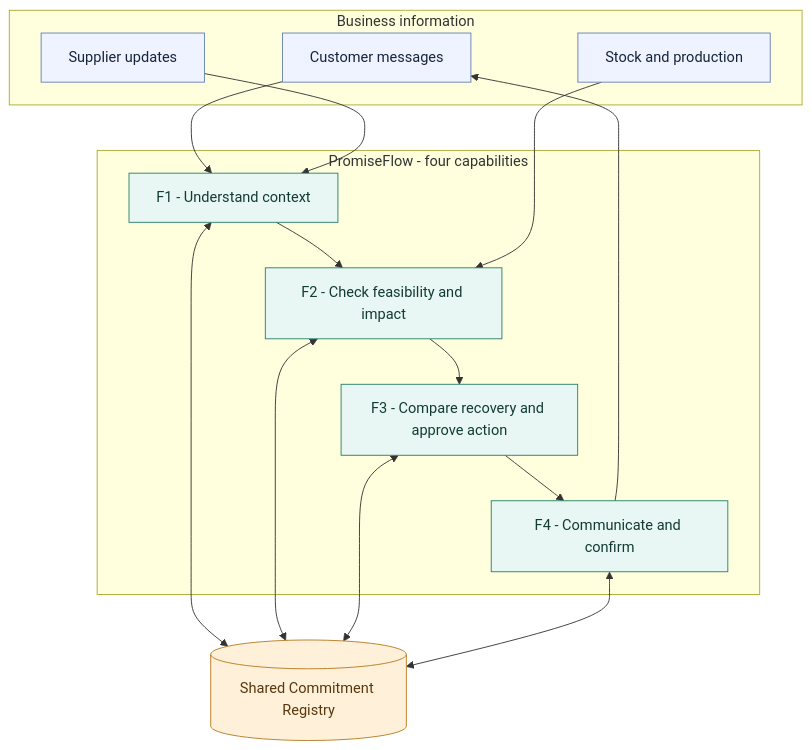
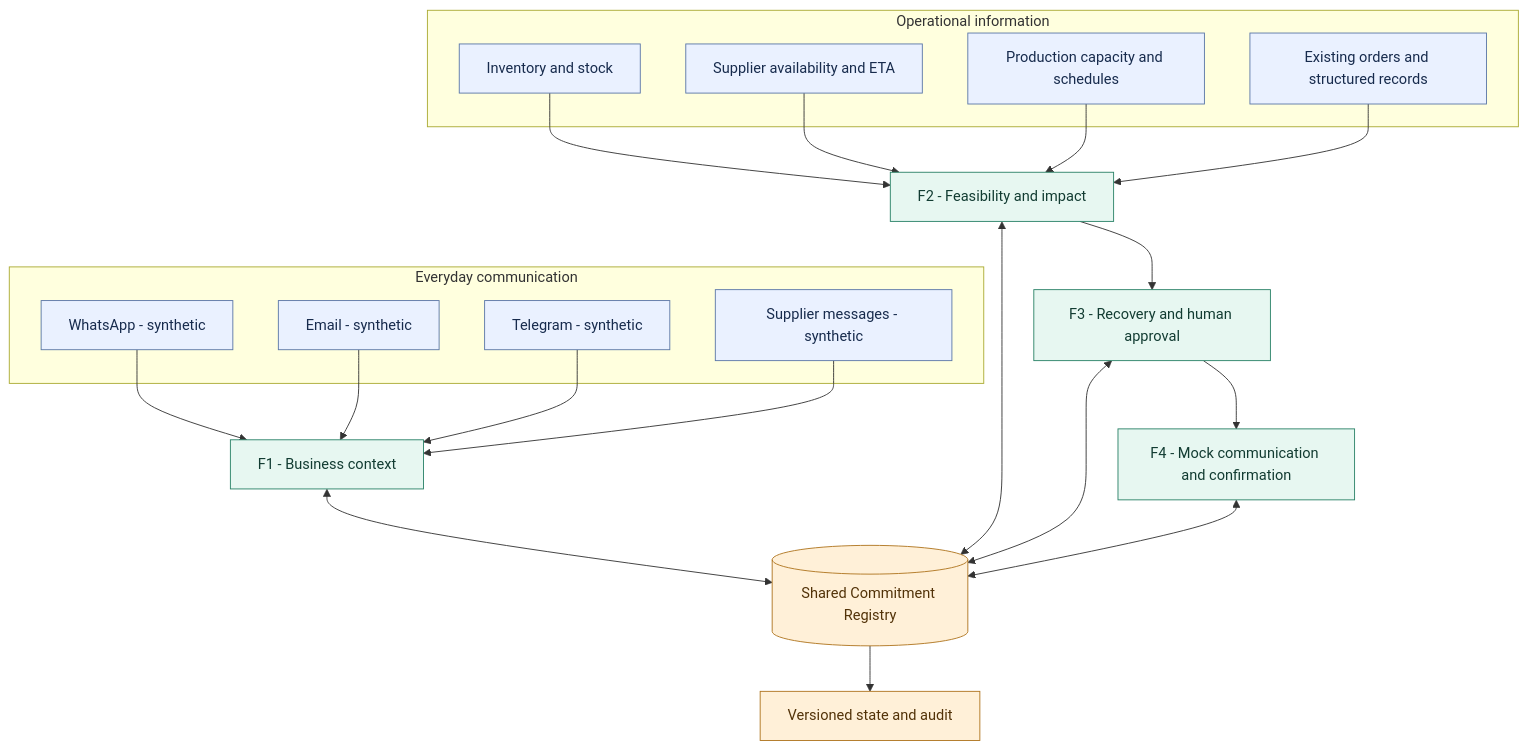
Before and after one commit to jiahui-1101/MouManTAI: the first of 2 diagrams in README.md, drawn with Mermaid. The commit also changed other lines of this file and 1 other file, not shown here.

Commit message:
docs: enhance PromiseFlow hackathon showcase and AI architecture

````diff
--- a/README.md
+++ b/README.md
@@ -41,27 +92,36 @@
 ```mermaid
-graph TB
-    subgraph sources[Business information]
-        customer[Customer messages]
-        supplier[Supplier updates]
-        operations[Stock and production]
+flowchart TB
+    subgraph comm[Everyday communication]
+        WA[WhatsApp - synthetic]
+        EM[Email - synthetic]
+        TG[Telegram - synthetic]
+        SU[Supplier messages - synthetic]
     end
-    subgraph promise[PromiseFlow - four capabilities]
-        F1[F1 - Understand context] --> F2[F2 - Check feasibility and impact]
-        F2 --> F3[F3 - Compare recovery and approve action]
-        F3 --> F4[F4 - Communicate and confirm]
+    subgraph ops[Operational information]
+        ST[Inventory and stock]
+        AV[Supplier availability and ETA]
+        PC[Production capacity and schedules]
+        OR[Existing orders and structured records]
     end
-    customer --> F1
-    supplier --> F1
-    operations --> F2
-    F1 <--> registry[(Shared Commitment Registry)]
-    F2 <--> registry
-    F3 <--> registry
-    F4 <--> registry
-    F4 --> customer
-    classDef source fill:#eef3ff,stroke:#6480b0,color:#17243a
-    classDef feature fill:#e8f7f3,stroke:#25806b,color:#123b32
-    classDef core fill:#fff1d9,stroke:#b8791f,color:#59360b
-    class customer,supplier,operations source
+    WA --> F1[F1 - Business context]
+    EM --> F1
+    TG --> F1
+    SU --> F1
+    F1 <--> CORE[(Shared Commitment Registry)]
+    ST --> F2[F2 - Feasibility and impact]
+    AV --> F2
+    PC --> F2
+    OR --> F2
+    F2 <--> CORE
+    F2 --> F3[F3 - Recovery and human approval]
+    F3 <--> CORE
+    F3 --> F4[F4 - Mock communication and confirmation]
+    F4 <--> CORE
+    CORE --> AUDIT[Versioned state and audit]
+    classDef input fill:#eaf1ff,stroke:#5b77a7,color:#172b4d
+    classDef feature fill:#e7f7f1,stroke:#2a8267,color:#123c32
+    classDef core fill:#fff0d8,stroke:#af741e,color:#523208
+    class WA,EM,TG,SU,ST,AV,PC,OR input
     class F1,F2,F3,F4 feature
-    class registry core
+    class CORE,AUDIT core
 ```
````
